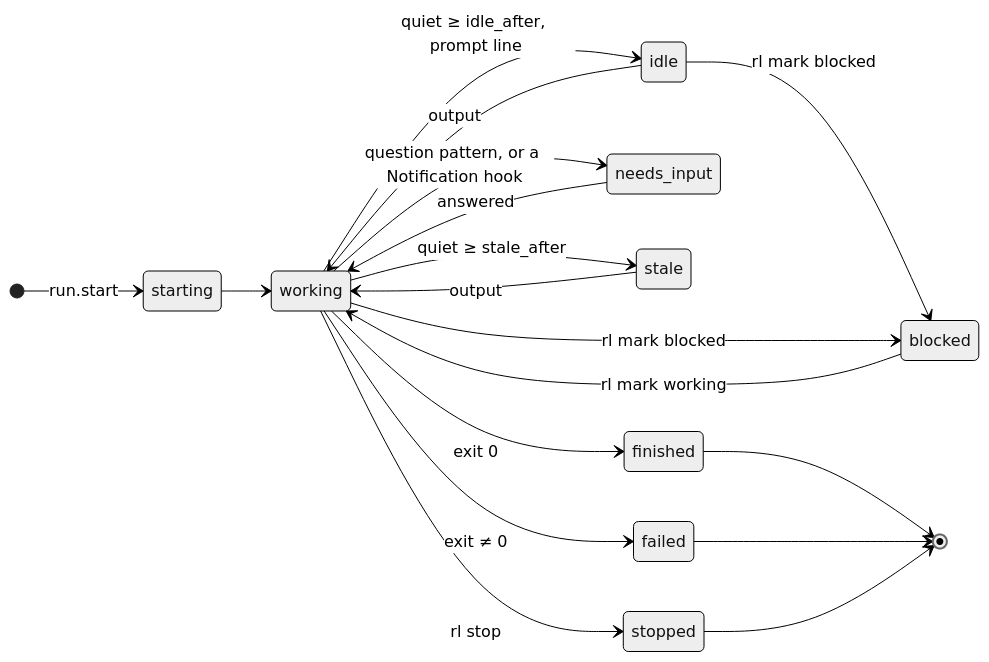
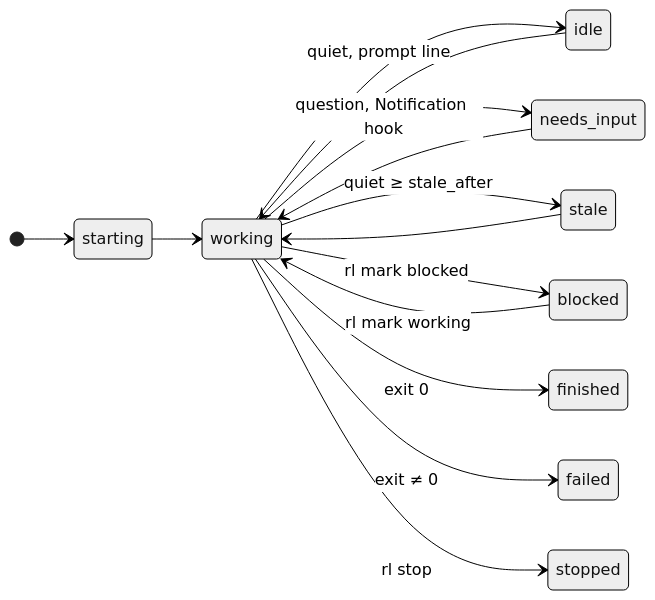
Before and after one commit to instilled/relay: the fourth of 6 diagrams in docs/ARCHITECTURE.md, drawn with Mermaid (neutral theme). The commit also changed other lines of this file and 1 other file, not shown here.

Commit message:
Architecture and README, slimmed to what the tree is and how to start (#166)

````diff
--- a/docs/ARCHITECTURE.md
+++ b/docs/ARCHITECTURE.md
@@ -812,21 +165,17 @@
 ```mermaid
 stateDiagram-v2
     direction LR
-    [*] --> starting: run.start
+    [*] --> starting
     starting --> working
-    working --> idle: quiet ≥ idle_after, prompt line
-    working --> needs_input: question pattern, or a Notification hook
+    working --> idle: quiet, prompt line
+    working --> needs_input: question, Notification hook
     working --> stale: quiet ≥ stale_after
-    idle --> working: output
-    needs_input --> working: answered
-    stale --> working: output
-    idle --> blocked: rl mark blocked
+    idle --> working
+    needs_input --> working
+    stale --> working
     working --> blocked: rl mark blocked
     blocked --> working: rl mark working
     working --> finished: exit 0
     working --> failed: exit ≠ 0
     working --> stopped: rl stop
-    finished --> [*]
-    failed --> [*]
-    stopped --> [*]
 ```
````
